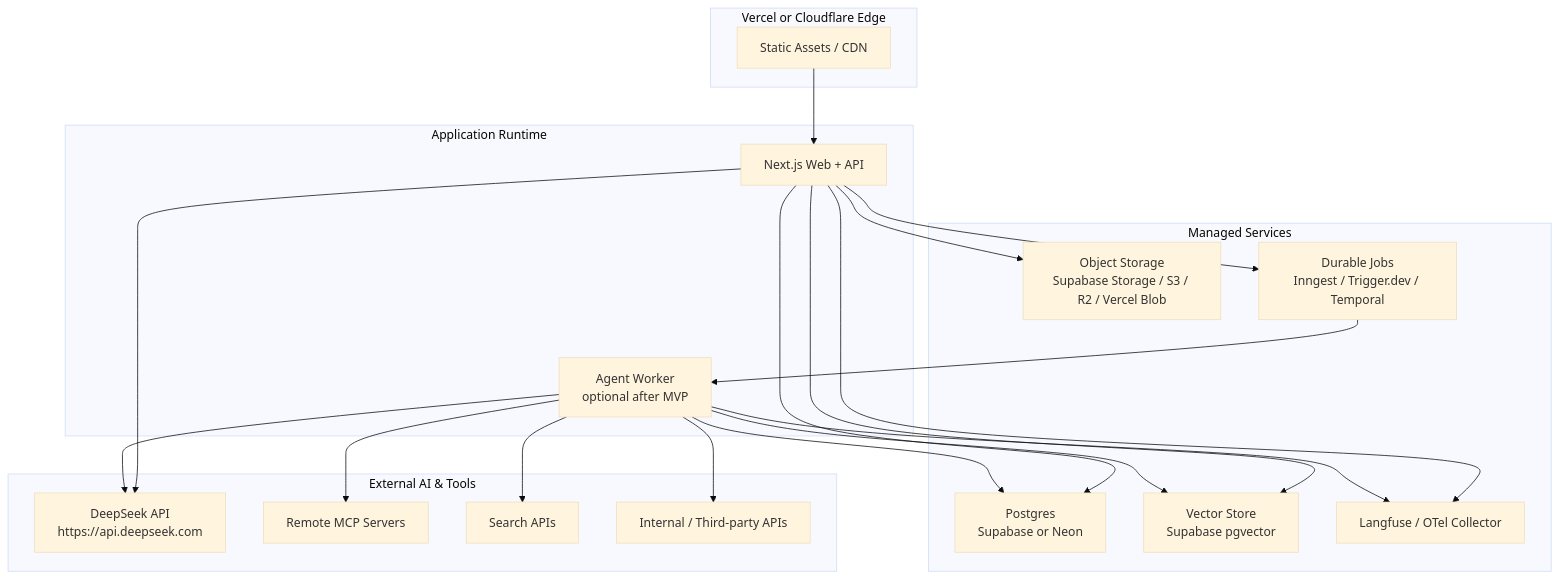
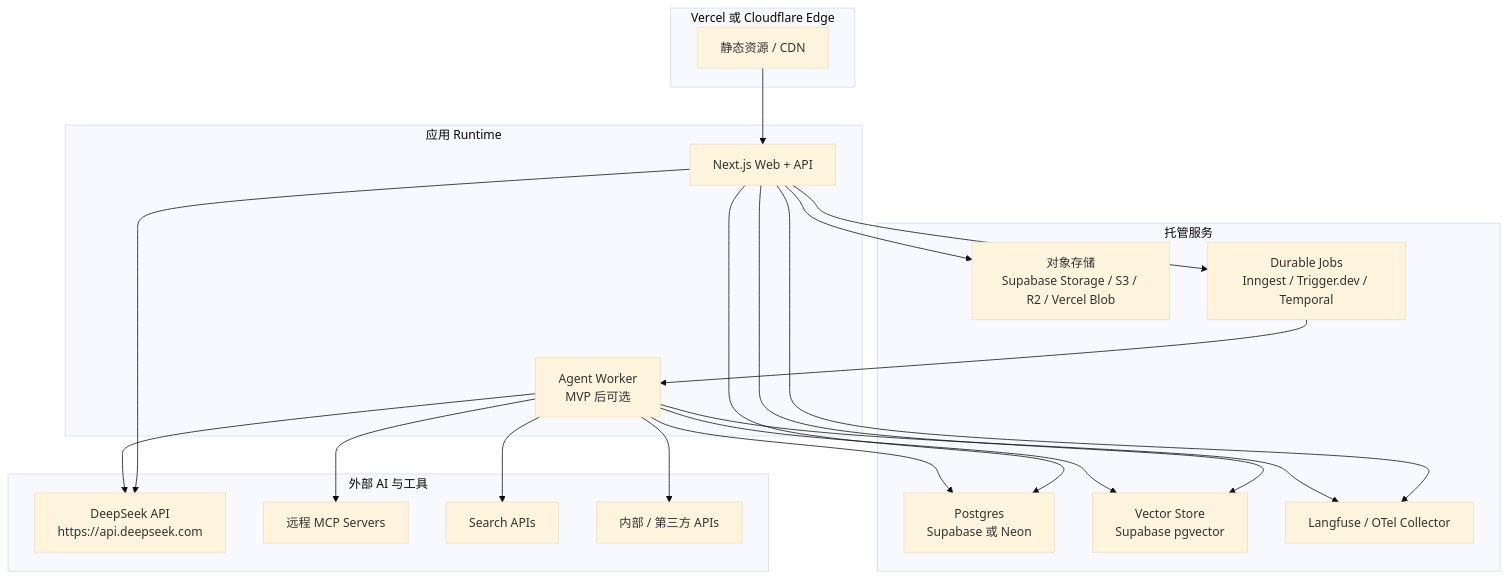
The third of 3 diagrams in docs/TECH_ARCHITECTURE.md (szy6007-a11y/my-agent), drawn with Mermaid (base theme) before and after one commit. The commit also changed other lines of this file and 13 other files, not shown here.

````diff
--- a/docs/TECH_ARCHITECTURE.md
+++ b/docs/TECH_ARCHITECTURE.md
@@ -163,42 +163,42 @@
 ```mermaid
 flowchart TB
-  subgraph Edge["Vercel or Cloudflare Edge"]
-    CDN["Static Assets / CDN"]
+  subgraph Edge["Vercel 或 Cloudflare Edge"]
+    CDN["静态资源 / CDN"]
   end
 
-  subgraph App["Application Runtime"]
+  subgraph App["应用 Runtime"]
     Next["Next.js Web + API"]
-    Worker["Agent Worker<br/>optional after MVP"]
+    Worker["Agent Worker<br/>MVP 后可选"]
   end
 
-  subgraph Managed["Managed Services"]
-    DB["Postgres<br/>Supabase or Neon"]
-    Store["Object Storage<br/>Supabase Storage / S3 / R2 / Vercel Blob"]
+  subgraph Managed["托管服务"]
+    DB["Postgres<br/>Supabase 或 Neon"]
+    Store["对象存储<br/>Supabase Storage / S3 / R2 / Vercel Blob"]
     Vector["Vector Store<br/>Supabase pgvector"]
     Queue["Durable Jobs<br/>Inngest / Trigger.dev / Temporal"]
     Obs["Langfuse / OTel Collector"]
   end
 
-  subgraph External["External AI & Tools"]
+  subgraph External["外部 AI 与工具"]
     DeepSeekAPI["DeepSeek API<br/>https://api.deepseek.com"]
-    MCPServers["Remote MCP Servers"]
+    MCPServers["远程 MCP Servers"]
     SearchAPIs["Search APIs"]
-    BusinessAPIs["Internal / Third-party APIs"]
+    BusinessAPIs["内部 / 第三方 APIs"]
   end
 
   CDN --> Next
   Next --> DB
   Next --> Store
   Next --> Vector
   Next --> Queue
   Next --> DeepSeekAPI
   Next --> Obs
   Queue --> Worker
   Worker --> DeepSeekAPI
   Worker --> MCPServers
   Worker --> SearchAPIs
   Worker --> BusinessAPIs
   Worker --> DB
   Worker --> Vector
   Worker --> Obs
 ```
````
